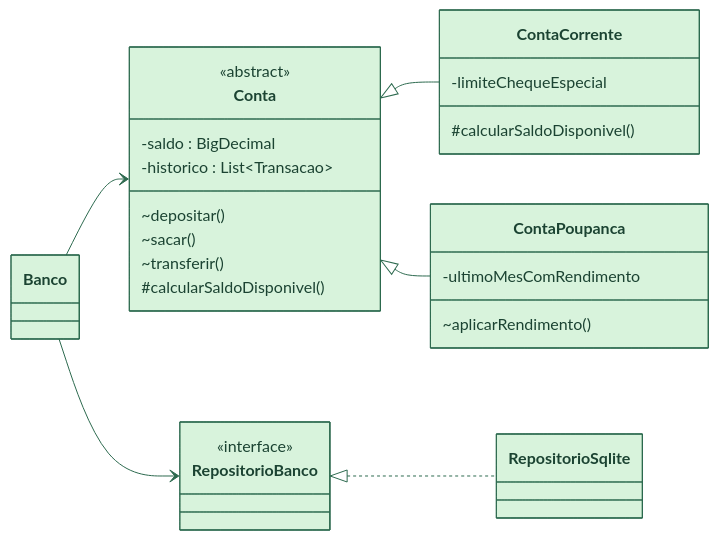
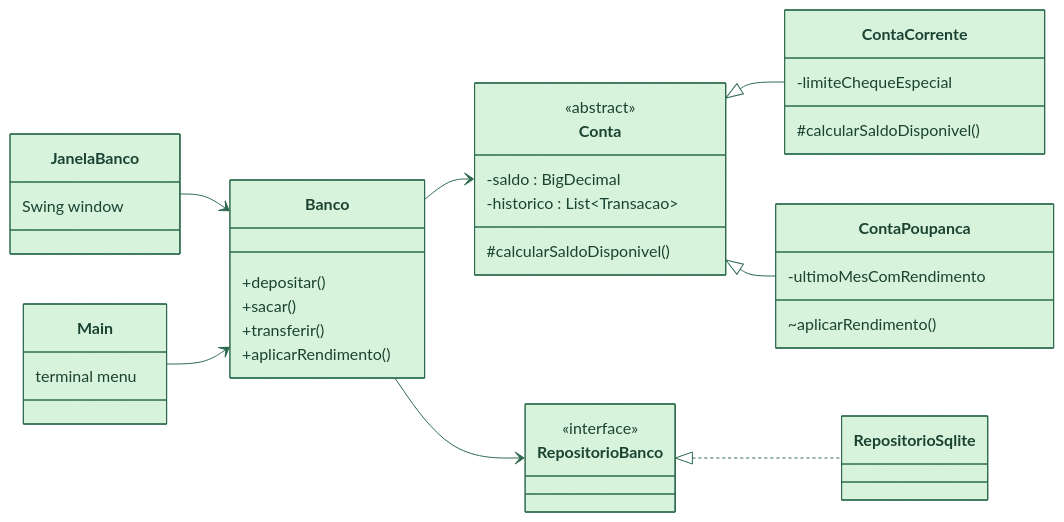
One commit to Amandadamata/sistema-bancario-java changed the diagram in README.md. Above: the diagram before and after it, drawn with Mermaid. The commit also changed other lines of this file and 13 other files, not shown here.

````diff
--- a/README.md
+++ b/README.md
@@ -53,30 +68,41 @@
 ```mermaid
 %%{init: {'theme':'base','themeVariables':{'primaryColor':'#D8F3DC','primaryTextColor':'#1B4332','primaryBorderColor':'#2D6A4F','lineColor':'#2D6A4F','secondaryColor':'#A8D5BA','tertiaryColor':'#FFFFFF'}}}%%
 classDiagram
     direction LR
+    class JanelaBanco {
+      Swing window
+    }
+    class Main {
+      terminal menu
+    }
+    class Banco {
+      +depositar()
+      +sacar()
+      +transferir()
+      +aplicarRendimento()
+    }
     class Conta {
       <<abstract>>
       -saldo : BigDecimal
       -historico : List~Transacao~
-      ~depositar()
-      ~sacar()
-      ~transferir()
       #calcularSaldoDisponivel()
     }
     class ContaCorrente {
       -limiteChequeEspecial
       #calcularSaldoDisponivel()
     }
     class ContaPoupanca {
       -ultimoMesComRendimento
       ~aplicarRendimento()
     }
     class RepositorioBanco {
       <<interface>>
     }
+    JanelaBanco --> Banco
+    Main --> Banco
+    Banco --> Conta
     Conta <|-- ContaCorrente
     Conta <|-- ContaPoupanca
-    Banco --> Conta
     Banco --> RepositorioBanco
     RepositorioBanco <|.. RepositorioSqlite
 ```
````
